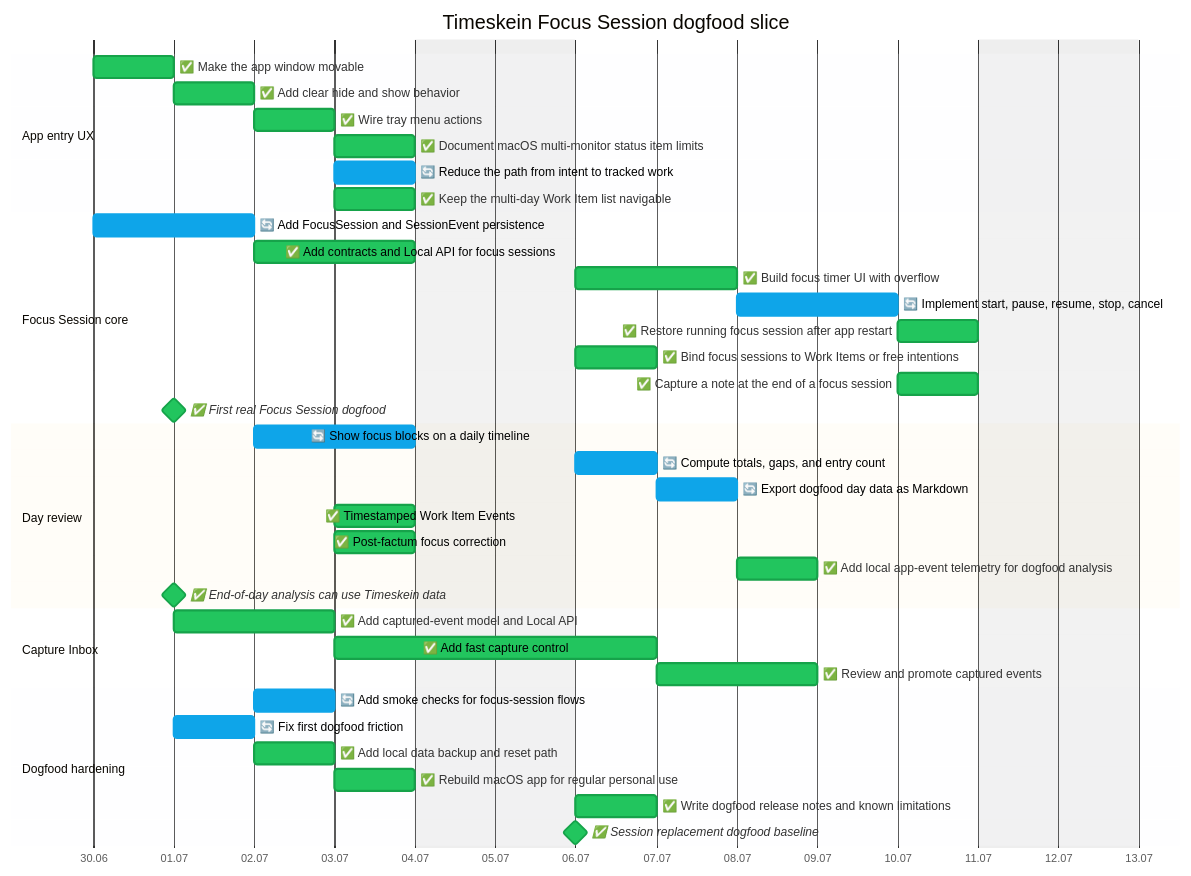
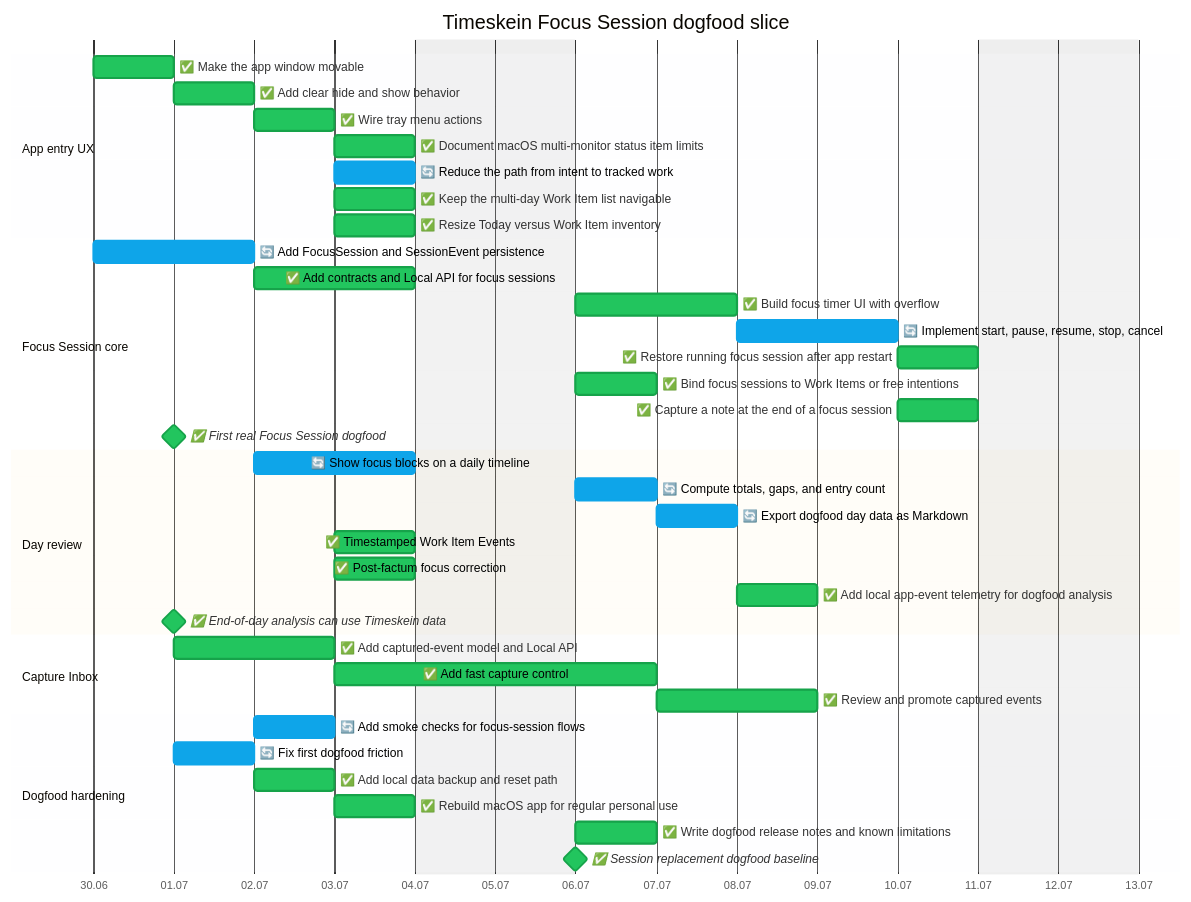
Before and after one commit to asukhodko/timeskein: the second of 2 diagrams in docs/roadmap/opskarta.md, drawn with Mermaid. The commit also changed other lines of this file and 9 other files, not shown here.

Commit message:
Add resizable today inventory split

````diff
--- a/docs/roadmap/opskarta.md
+++ b/docs/roadmap/opskarta.md
@@ -64,45 +64,46 @@
 ```mermaid
 %%{init: {"theme": "base", "themeVariables": {"taskBkgColor": "#9ca3af", "taskBorderColor": "#4b5563", "taskTextColor": "#000000", "taskTextDarkColor": "#000000", "taskTextLightColor": "#000000", "activeTaskBkgColor": "#0ea5e9", "activeTaskBorderColor": "#0ea5e9", "doneTaskBkgColor": "#22c55e", "doneTaskBorderColor": "#16a34a", "critBkgColor": "#fecaca", "critBorderColor": "#fecaca", "todayLineColor": "#ef4444"}} }%%
 
 gantt
     title Timeskein Focus Session dogfood slice
     dateFormat YYYY-MM-DD
     axisFormat %d.%m
     excludes weekends
 
     section App entry UX
     ✅ Make the app window movable  :done, ts_ux_entry_window_drag,    2026-06-30, 1d
     ✅ Add clear hide and show behavior  :done, ts_ux_entry_hide_toggle,    2026-07-01, 1d
     ✅ Wire tray menu actions  :done, ts_ux_entry_tray_actions,    2026-07-02, 1d
     ✅ Document macOS multi-monitor status item limits  :done, ts_ux_entry_monitor_policy,    2026-07-03, 1d
     🔄 Reduce the path from intent to tracked work  :active, ts_ux_entry_fast_track_flow,    2026-07-03, 1d
     ✅ Keep the multi-day Work Item list navigable  :done, ts_ux_entry_inventory_modes,    2026-07-03, 1d
+    ✅ Resize Today versus Work Item inventory  :done, ts_ux_entry_resizable_today_split,    2026-07-03, 1d
     section Focus Session core
     🔄 Add FocusSession and SessionEvent persistence  :active, ts_focus_core_model_migrations,    2026-06-30, 2d
     ✅ Add contracts and Local API for focus sessions  :done, ts_focus_core_contracts_api,    2026-07-02, 2d
     ✅ Build focus timer UI with overflow  :done, ts_focus_core_timer_ui,    2026-07-06, 2d
     🔄 Implement start, pause, resume, stop, cancel  :active, ts_focus_core_session_lifecycle,    2026-07-08, 2d
     ✅ Restore running focus session after app restart  :done, ts_focus_core_restart_restore,    2026-07-10, 1d
     ✅ Bind focus sessions to Work Items or free intentions  :done, ts_focus_core_work_item_binding,    2026-07-06, 1d
     ✅ Capture a note at the end of a focus session  :done, ts_focus_core_session_notes,    2026-07-10, 1d
     ✅ First real Focus Session dogfood  :milestone, done, ts_focus_core_dogfood_gate,    2026-07-01, 0d
     section Day review
     🔄 Show focus blocks on a daily timeline  :active, ts_day_review_timeline,    2026-07-02, 2d
     🔄 Compute totals, gaps, and entry count  :active, ts_day_review_totals_gaps,    2026-07-06, 1d
     🔄 Export dogfood day data as Markdown  :active, ts_day_review_export,    2026-07-07, 1d
     ✅ Timestamped Work Item Events  :done, ts_day_review_work_item_events,    2026-07-03, 1d
     ✅ Post-factum focus correction  :done, ts_day_review_corrections,    2026-07-03, 1d
     ✅ Add local app-event telemetry for dogfood analysis  :done, ts_day_review_app_telemetry,    2026-07-08, 1d
     ✅ End-of-day analysis can use Timeskein data  :milestone, done, ts_day_review_analysis_gate,    2026-07-01, 0d
     section Capture Inbox
     ✅ Add captured-event model and Local API  :done, ts_capture_model_api,    2026-07-01, 2d
     ✅ Add fast capture control  :done, ts_capture_quick_ui,    2026-07-03, 2d
     ✅ Review and promote captured events  :done, ts_capture_review_flow,    2026-07-07, 2d
     section Dogfood hardening
     🔄 Add smoke checks for focus-session flows  :active, ts_hardening_smoke,    2026-07-02, 1d
     🔄 Fix first dogfood friction  :active, ts_hardening_post_dogfood_friction,    2026-07-01, 1d
     ✅ Add local data backup and reset path  :done, ts_hardening_backup_reset,    2026-07-02, 1d
     ✅ Rebuild macOS app for regular personal use  :done, ts_hardening_package_app,    2026-07-03, 1d
     ✅ Write dogfood release notes and known limitations  :done, ts_hardening_release_notes,    2026-07-06, 1d
     ✅ Session replacement dogfood baseline  :milestone, done, ts_hardening_dogfood_release,    2026-07-06, 0d
 ```
````
